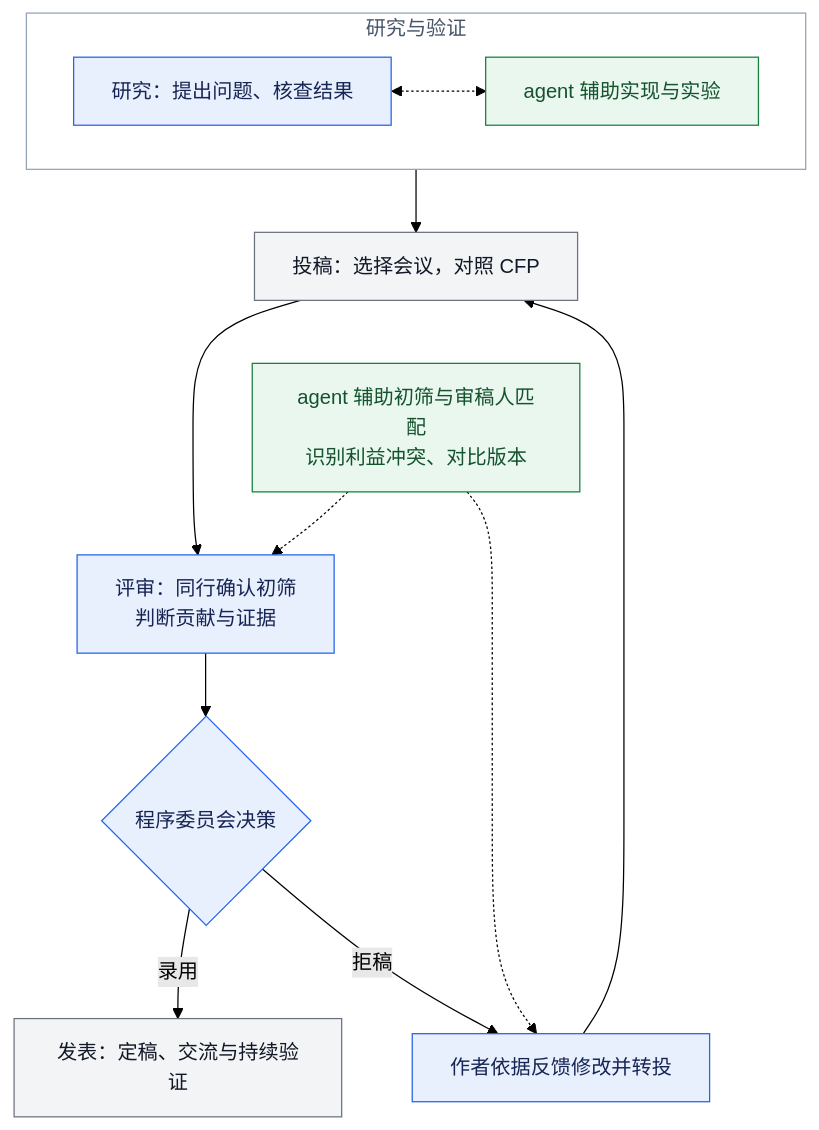
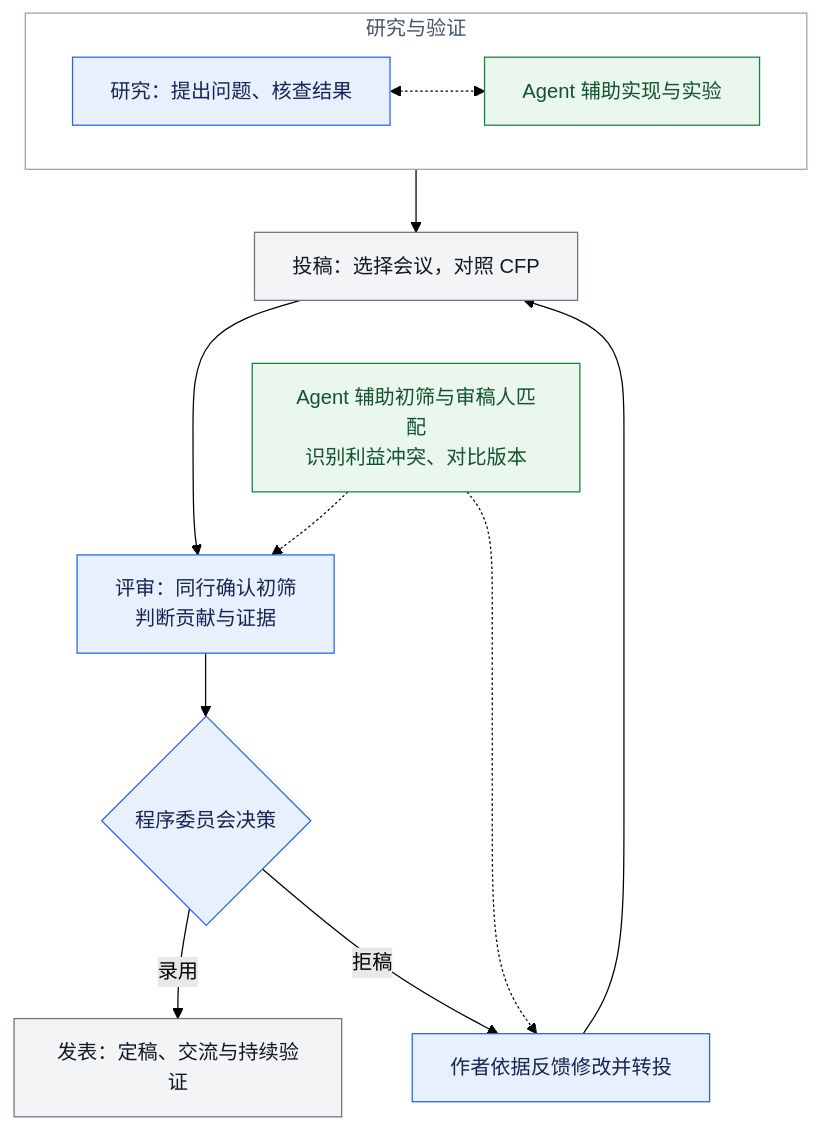
Before and after one commit to mental2008/awesome-blogs: the diagram in img/agent-native-systems-conference/workflow-zh.mmd, drawn with Mermaid (forest theme). The commit also changed 3 other files, not shown here.

```diff
--- a/img/agent-native-systems-conference/workflow-zh.mmd
+++ b/img/agent-native-systems-conference/workflow-zh.mmd
@@ -1,22 +1,22 @@
 flowchart TD
     subgraph research["研究与验证"]
         direction LR
-        A["研究：提出问题、核查结果"] <-.-> P["agent 辅助实现与实验"]
+        A["研究：提出问题、核查结果"] <-.-> P["Agent 辅助实现与实验"]
     end
     research --> B["投稿：选择会议，对照 CFP"]
     B --> C["评审：同行确认初筛<br/>判断贡献与证据"]
     C --> D{"程序委员会决策"}
     D -->|录用| E["发表：定稿、交流与持续验证"]
     D -->|拒稿| F["作者依据反馈修改并转投"]
     F --> B
-    Q["agent 辅助初筛与审稿人匹配<br/>识别利益冲突、对比版本"] -.-> C
+    Q["Agent 辅助初筛与审稿人匹配<br/>识别利益冲突、对比版本"] -.-> C
     Q -.-> F
     B ~~~ Q
 
     style research fill:none,stroke:#94a3b8,color:#475569
     classDef human fill:#e8f0fe,stroke:#2563eb,color:#172554
     classDef agent fill:#e9f7ef,stroke:#15803d,color:#14532d
     classDef stage fill:#f3f4f6,stroke:#6b7280,color:#111827
     class A,C,D,F human
     class P,Q agent
     class B,E stage
```
